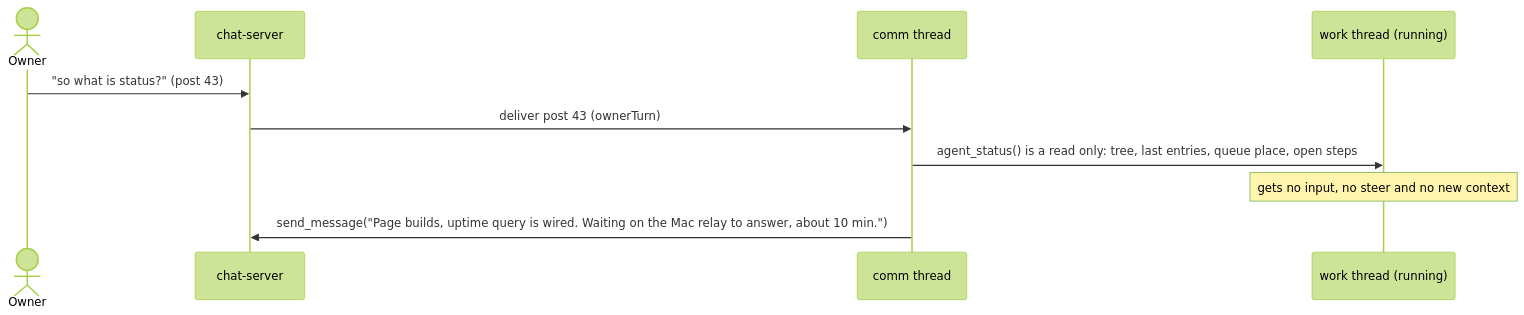
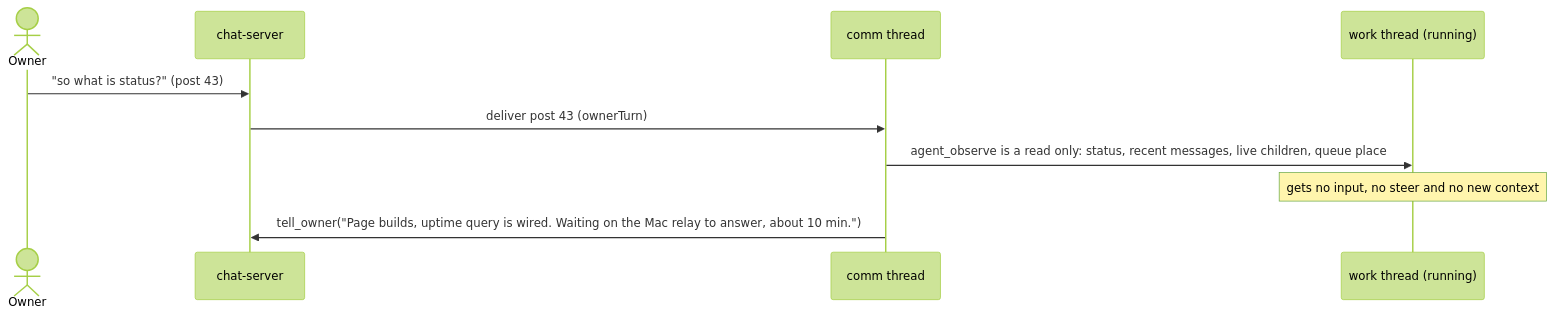
The third of 6 diagrams in apps/chat/docs/agent-model.md (sieu-n/sieun-pi), drawn with Mermaid (forest theme) before and after one commit. The commit also changed other lines of this file, not shown here.

First line of the commit message:
docs(chat): agent-model.md matches the built system

````diff
--- a/apps/chat/docs/agent-model.md
+++ b/apps/chat/docs/agent-model.md
@@ -154,12 +154,12 @@
 ```mermaid
 sequenceDiagram
   actor O as Owner
   participant S as chat-server
   participant C as comm thread
   participant K as work thread (running)
   O->>S: "so what is status?" (post 43)
   S->>C: deliver post 43 (ownerTurn)
-  C->>K: agent_status() is a read only: tree, last entries, queue place, open steps
+  C->>K: agent_observe is a read only: status, recent messages, live children, queue place
   Note over K: gets no input, no steer and no new context
-  C->>S: send_message("Page builds, uptime query is wired. Waiting on the Mac relay to answer, about 10 min.")
+  C->>S: tell_owner("Page builds, uptime query is wired. Waiting on the Mac relay to answer, about 10 min.")
 ```
````
